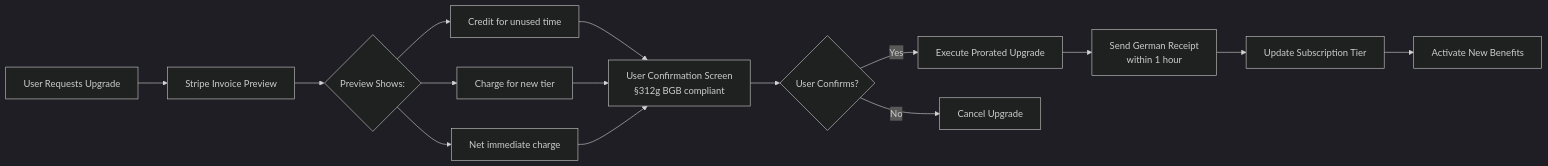
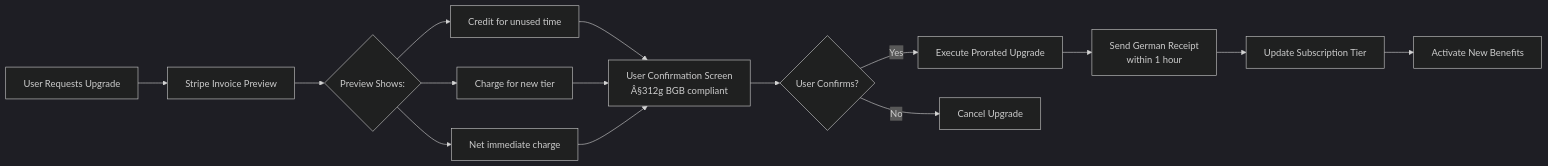
The third of 3 diagrams in DOC/project.md (kintwadi/share_it_backend), drawn with Mermaid (dark theme) before and after one commit. The commit also changed other lines of this file and 20 other files, not shown here.

````diff
--- a/DOC/project.md
+++ b/DOC/project.md
@@ -605,15 +605,15 @@
 ```mermaid
 flowchart LR
     A[User Requests Upgrade] --> B[Stripe Invoice Preview]
     B --> C{Preview Shows:}
     C --> D[Credit for unused time]
     C --> E[Charge for new tier]
     C --> F[Net immediate charge]
-    D & E & F --> G[User Confirmation Screen<br>§312g BGB compliant]
+    D & E & F --> G[User Confirmation Screen<br>Â§312g BGB compliant]
     G --> H{User Confirms?}
     H -->|Yes| I[Execute Prorated Upgrade]
     H -->|No| J[Cancel Upgrade]
     I --> K[Send German Receipt<br>within 1 hour]
     K --> L[Update Subscription Tier]
     L --> M[Activate New Benefits]
 ```
````
